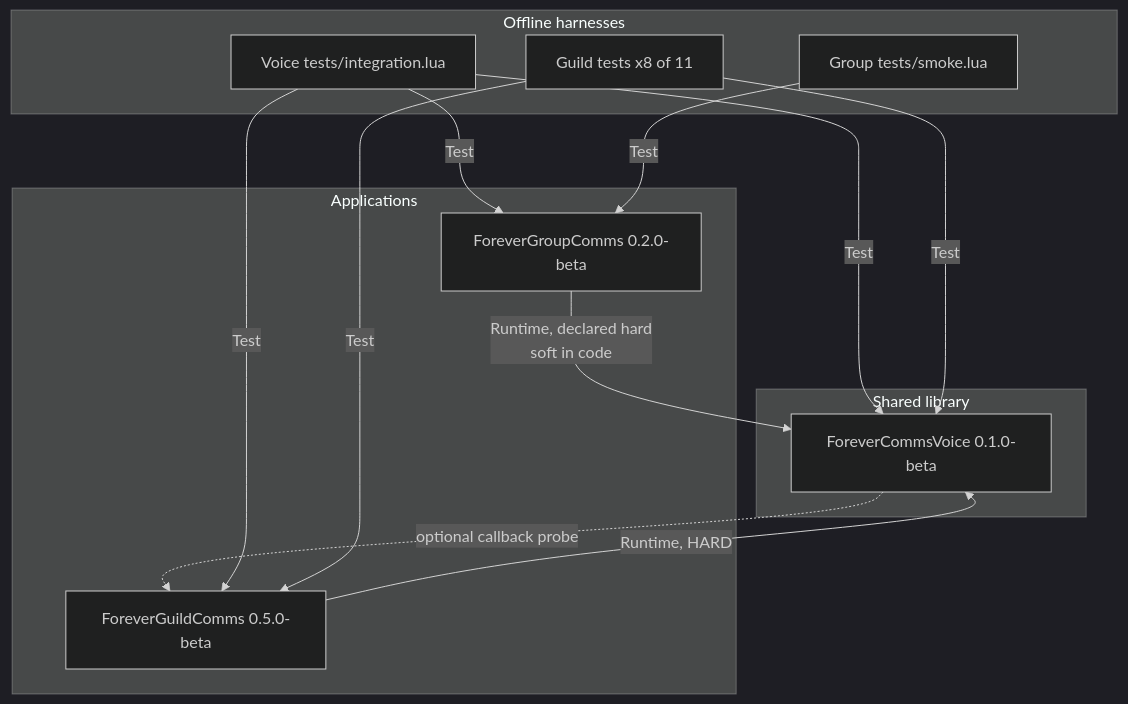
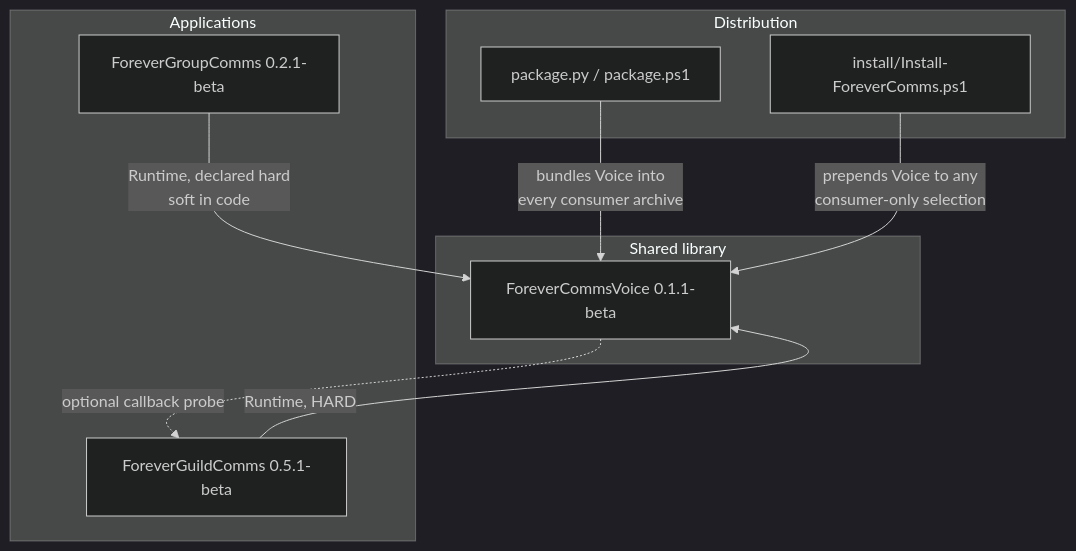
The diagram in aidlc-docs/inception/reverse-engineering/dependencies.md (mreillyorg/ForeverCommsBundle), drawn with Mermaid (dark theme) before and after one commit. The commit also changed other lines of this file and 53 other files, not shown here.

````diff
--- a/aidlc-docs/inception/reverse-engineering/dependencies.md
+++ b/aidlc-docs/inception/reverse-engineering/dependencies.md
@@ -7,25 +8,20 @@
 ```mermaid
 flowchart TB
     subgraph Shared["Shared library"]
-        Voice["ForeverCommsVoice 0.1.0-beta"]
+        Voice["ForeverCommsVoice 0.1.1-beta"]
     end
     subgraph Apps["Applications"]
-        Guild["ForeverGuildComms 0.5.0-beta"]
-        Group["ForeverGroupComms 0.2.0-beta"]
+        Guild["ForeverGuildComms 0.5.1-beta"]
+        Group["ForeverGroupComms 0.2.1-beta"]
     end
-    subgraph Tests["Offline harnesses"]
-        VT["Voice tests/integration.lua"]
-        GT["Guild tests x8 of 11"]
-        PT["Group tests/smoke.lua"]
+    subgraph Dist["Distribution"]
+        Builders["package.py / package.ps1"]
+        Installer["install/Install-ForeverComms.ps1"]
     end
 
     Guild -->|"Runtime, HARD"| Voice
     Group -->|"Runtime, declared hard<br/>soft in code"| Voice
     Voice -.->|"optional callback probe"| Guild
-    VT -->|Test| Voice
-    VT -->|Test| Guild
-    VT -->|Test| Group
-    GT -->|Test| Guild
-    GT -->|Test| Voice
-    PT -->|Test| Group
+    Builders -->|"bundles Voice into<br/>every consumer archive"| Voice
+    Installer -->|"prepends Voice to any<br/>consumer-only selection"| Voice
 ```
````
